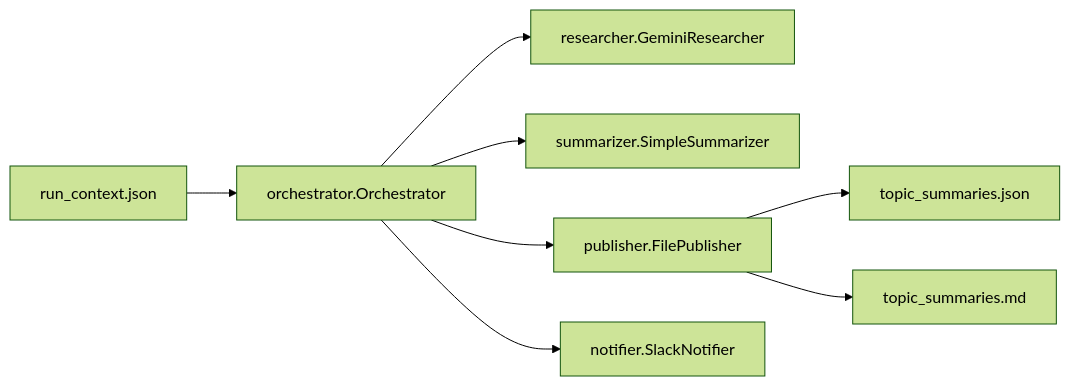
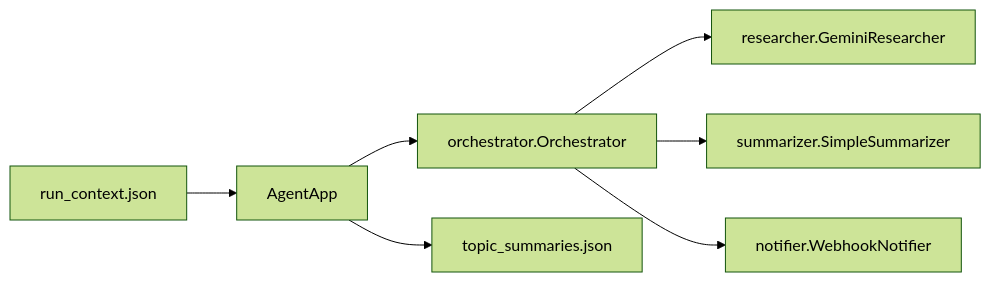
Before and after one commit to hondaya14/bulknews-agent: the first of 2 diagrams in README.md, drawn with Mermaid (forest theme). The commit also changed other lines of this file and 10 other files, not shown here.

First line of the commit message:
Refactor orchestrator flow and structure research output (#9)

````diff
--- a/README.md
+++ b/README.md
@@ -25,10 +24,9 @@
 ```mermaid
 flowchart LR
-  RC[run_context.json] --> ORCH[orchestrator.Orchestrator]
+  RC[run_context.json] --> APP[AgentApp]
+  APP --> ORCH[orchestrator.Orchestrator]
   ORCH --> DR[researcher.GeminiResearcher]
   ORCH --> SUM[summarizer.SimpleSummarizer]
-  ORCH --> PUB[publisher.FilePublisher]
-  ORCH --> NOTI[notifier.SlackNotifier]
-  PUB --> OUTJSON[topic_summaries.json]
-  PUB --> OUTMD[topic_summaries.md]
+  ORCH --> NOTI[notifier.WebhookNotifier]
+  APP --> OUTJSON[topic_summaries.json]
 ```
````
